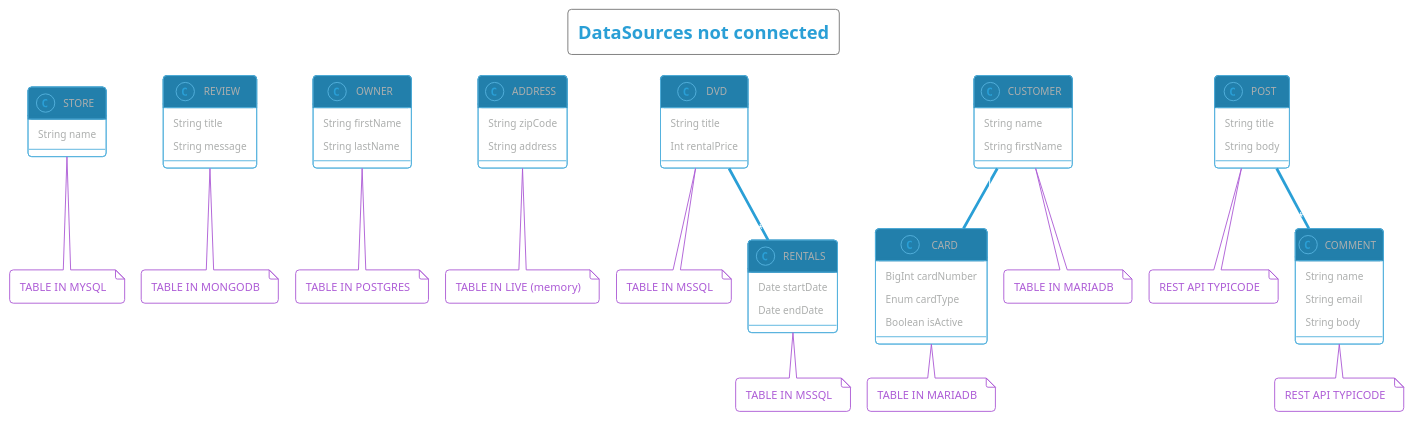
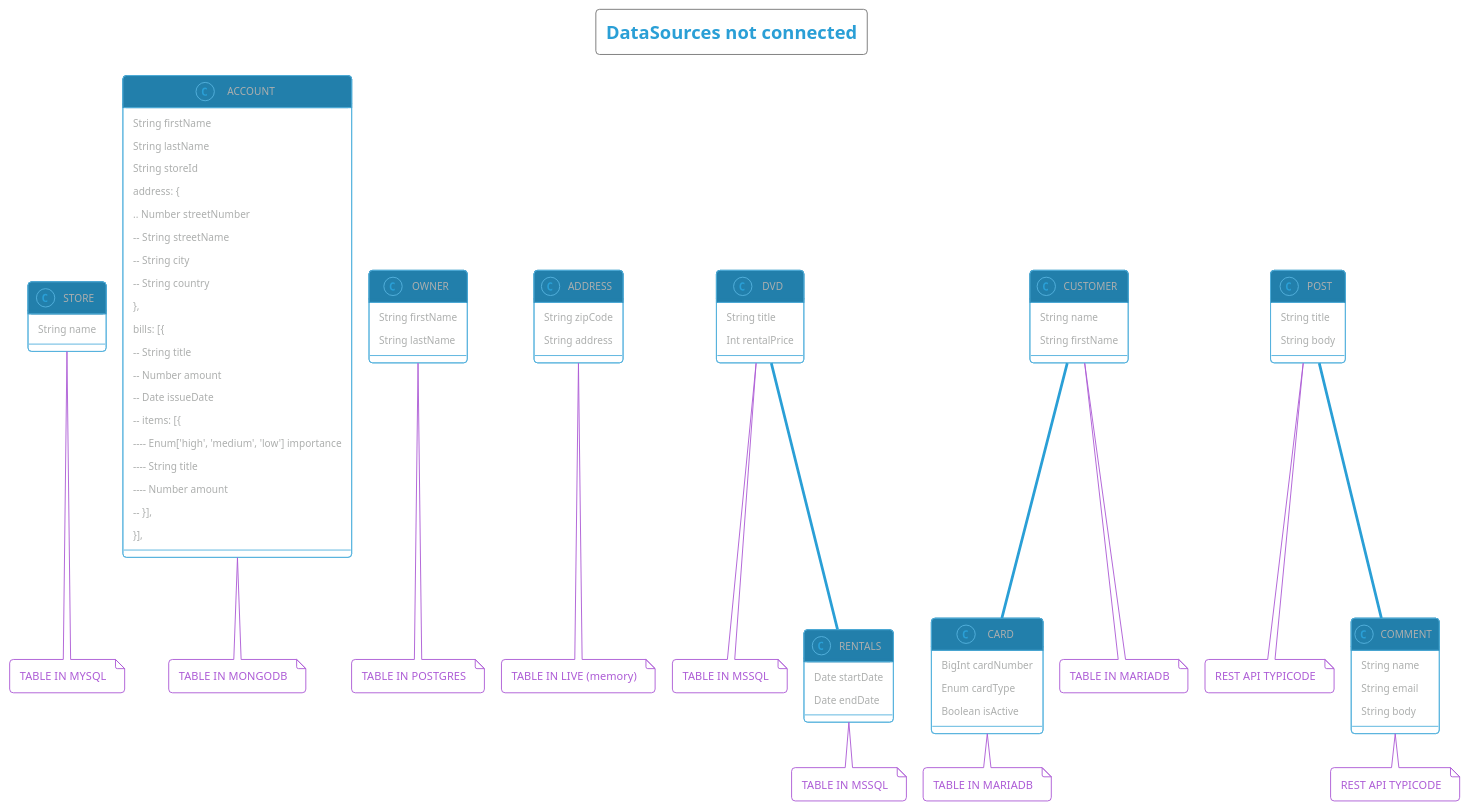
One commit to ForestAdmin/agent-nodejs changed the diagram in packages/_example/datasources.puml. Above: the diagram before and after it, drawn with PlantUML. The commit also changed 1 other file, not shown here.

```diff
--- a/packages/_example/datasources.puml
+++ b/packages/_example/datasources.puml
@@ -1,78 +1,95 @@
 @startuml
 !pragma layout smetana
 !theme cyborg-outline
 
 title: DataSources not connected
 
 class STORE {
   String name
 }
 class STORE
 note bottom: TABLE IN MYSQL
 
-class REVIEW {
-  String title
-  String message
+class ACCOUNT {
+   String firstName
+   String lastName
+   String storeId
+   address: {
+   .. Number streetNumber
+   -- String streetName
+   -- String city
+   -- String country
+   },
+   bills: [{
+   -- String title
+   -- Number amount
+   -- Date issueDate
+   -- items: [{
+   ---- Enum['high', 'medium', 'low'] importance
+   ---- String title
+   ---- Number amount
+   -- }],
+  }],
 }
-class REVIEW
+class ACCOUNT
 note bottom: TABLE IN MONGODB
 
 class OWNER {
   String firstName
   String lastName
 }
 class OWNER
 note bottom: TABLE IN POSTGRES
 
 class ADDRESS {
   String zipCode
   String address
 }
 class ADDRESS
 note bottom: TABLE IN LIVE (memory)
 
 class DVD {
   String title
   Int rentalPrice
 }
 class DVD
 note bottom: TABLE IN MSSQL
 
 class RENTALS {
   Date startDate
   Date endDate
 }
 class RENTALS
 note bottom: TABLE IN MSSQL
 
 class CARD {
   BigInt cardNumber
   Enum cardType
   Boolean isActive
 }
 note bottom: TABLE IN MARIADB
 
 class CUSTOMER {
   String name
   String firstName
 }
 note bottom: TABLE IN MARIADB
 
 class POST {
   String title
   String body
 }
 note bottom: REST API TYPICODE
 
 class COMMENT {
   String name
   String email
   String body
 }
 note bottom: REST API TYPICODE
 
 POST "1" -- "*" COMMENT : has
 DVD "*" -- "*" RENTALS : has
 CUSTOMER "1" -- "*" CARD : has
 
 @enduml
```
